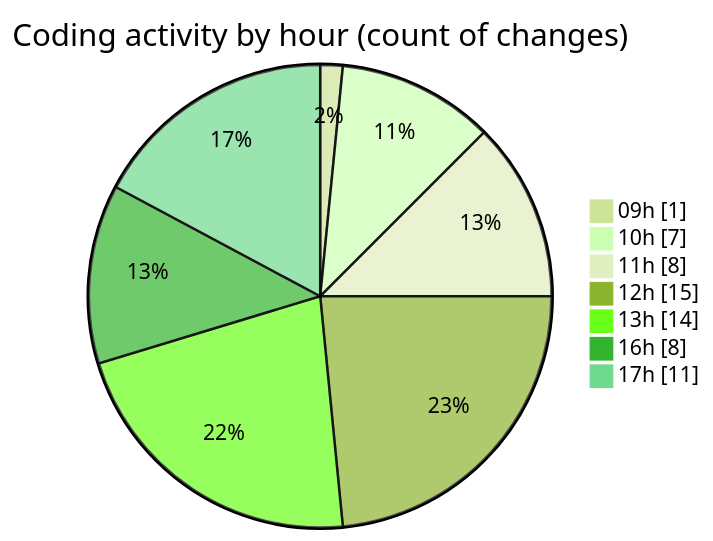
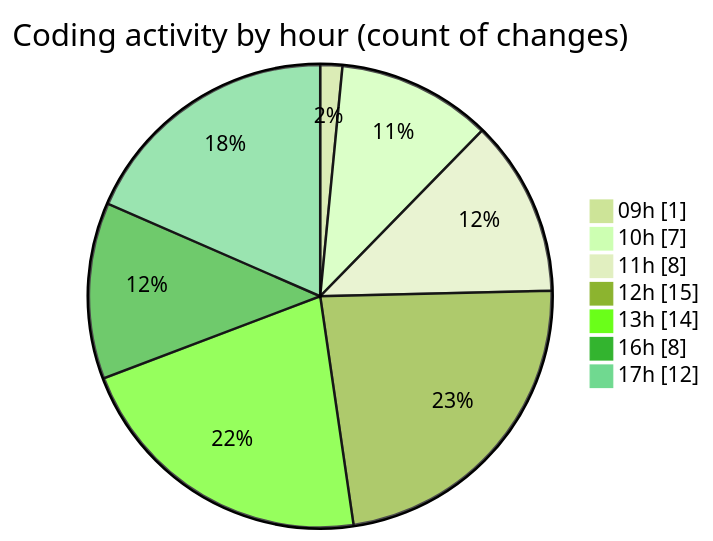
The second of 2 diagrams in 2025-02-12/elitegpt/README.md (Elitesun/code-tracking), drawn with Mermaid (forest theme) before and after one commit. The commit also changed other lines of this file and 1 other file, not shown here.

````diff
--- a/2025-02-12/elitegpt/README.md
+++ b/2025-02-12/elitegpt/README.md
@@ -43,11 +43,11 @@
 ```mermaid
 pie showData
 title Coding activity by hour (count of changes)
 "09h" : 1
 "10h" : 7
 "11h" : 8
 "12h" : 15
 "13h" : 14
 "16h" : 8
-"17h" : 11
+"17h" : 12
 ```
````
